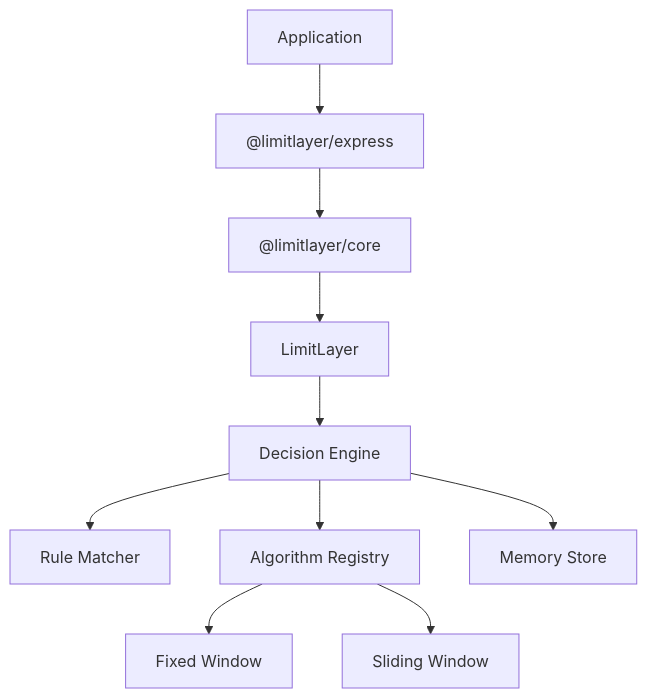
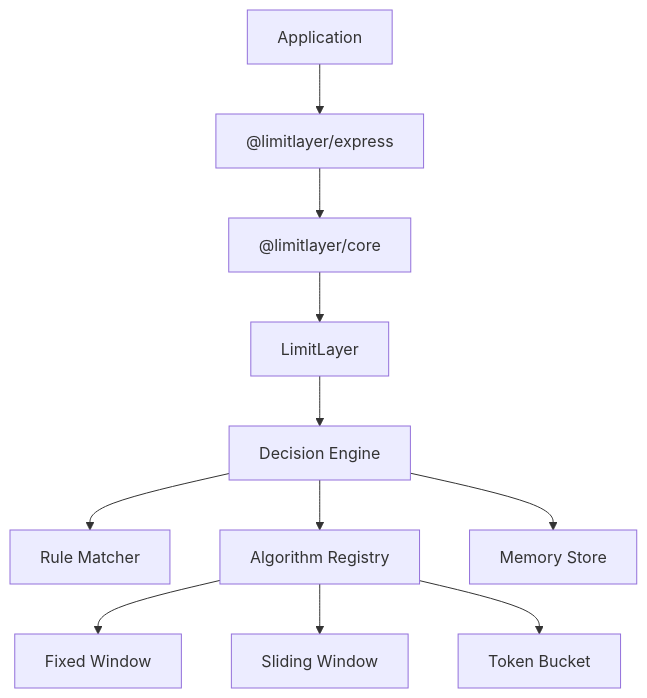
Before and after one commit to gargavi-oss/limit-layer: the diagram in README.md, drawn with Mermaid. The commit also changed other lines of this file and 10 other files, not shown here.

````diff
--- a/README.md
+++ b/README.md
@@ -40,36 +41,37 @@
 ```mermaid
 flowchart TD
 
     APP[Application]
 
     EXPRESS["@limitlayer/express"]
 
     CORE["@limitlayer/core"]
 
     LIMITER[LimitLayer]
 
     ENGINE[Decision Engine]
 
     MATCHER[Rule Matcher]
 
     REGISTRY[Algorithm Registry]
 
     FW[Fixed Window]
-
     SW[Sliding Window]
+    TB[Token Bucket]
 
     STORE[Memory Store]
 
     APP --> EXPRESS
     EXPRESS --> CORE
 
     CORE --> LIMITER
     LIMITER --> ENGINE
 
     ENGINE --> MATCHER
     ENGINE --> REGISTRY
     ENGINE --> STORE
 
     REGISTRY --> FW
     REGISTRY --> SW
+    REGISTRY --> TB
 ```
````
